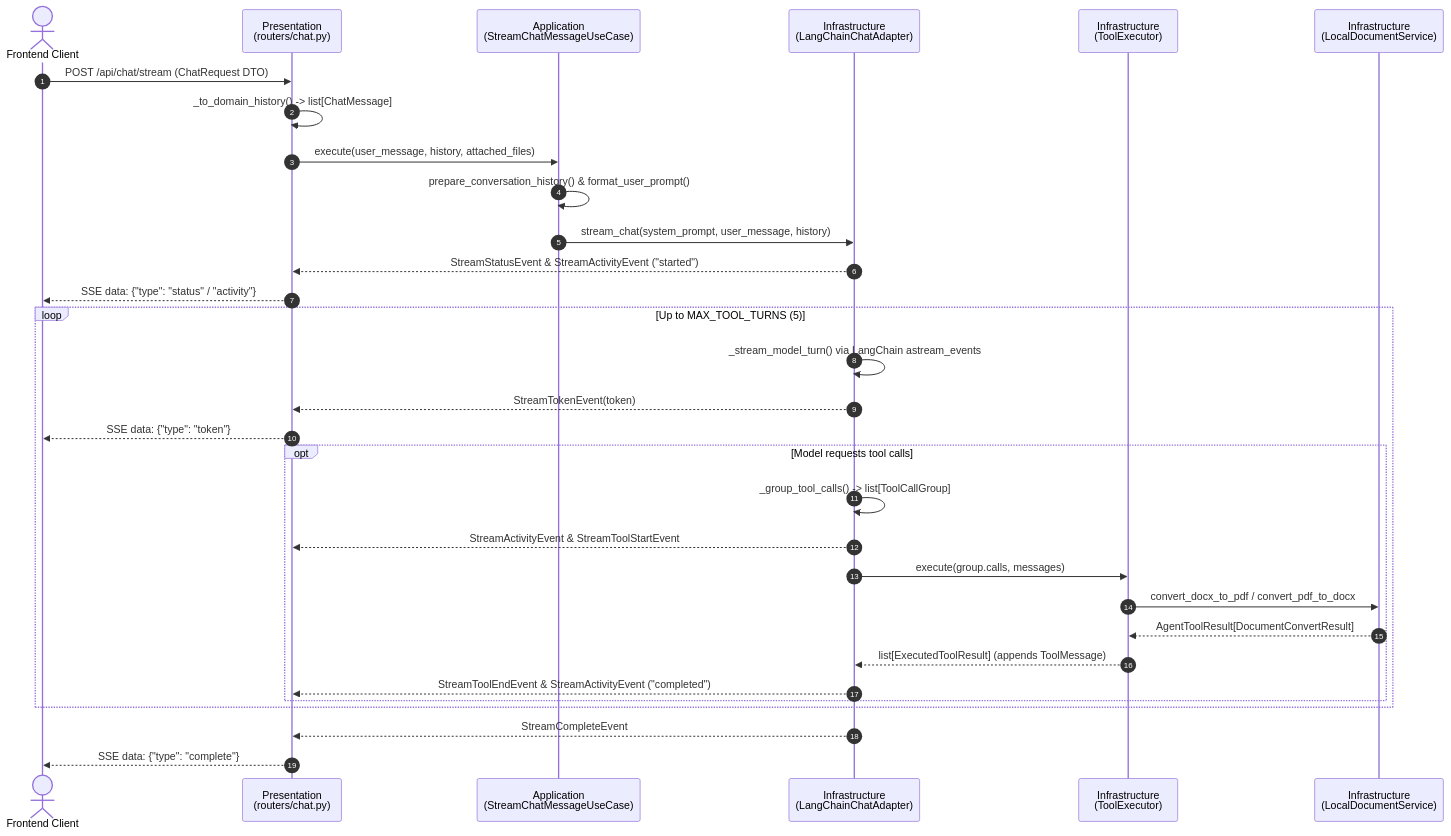
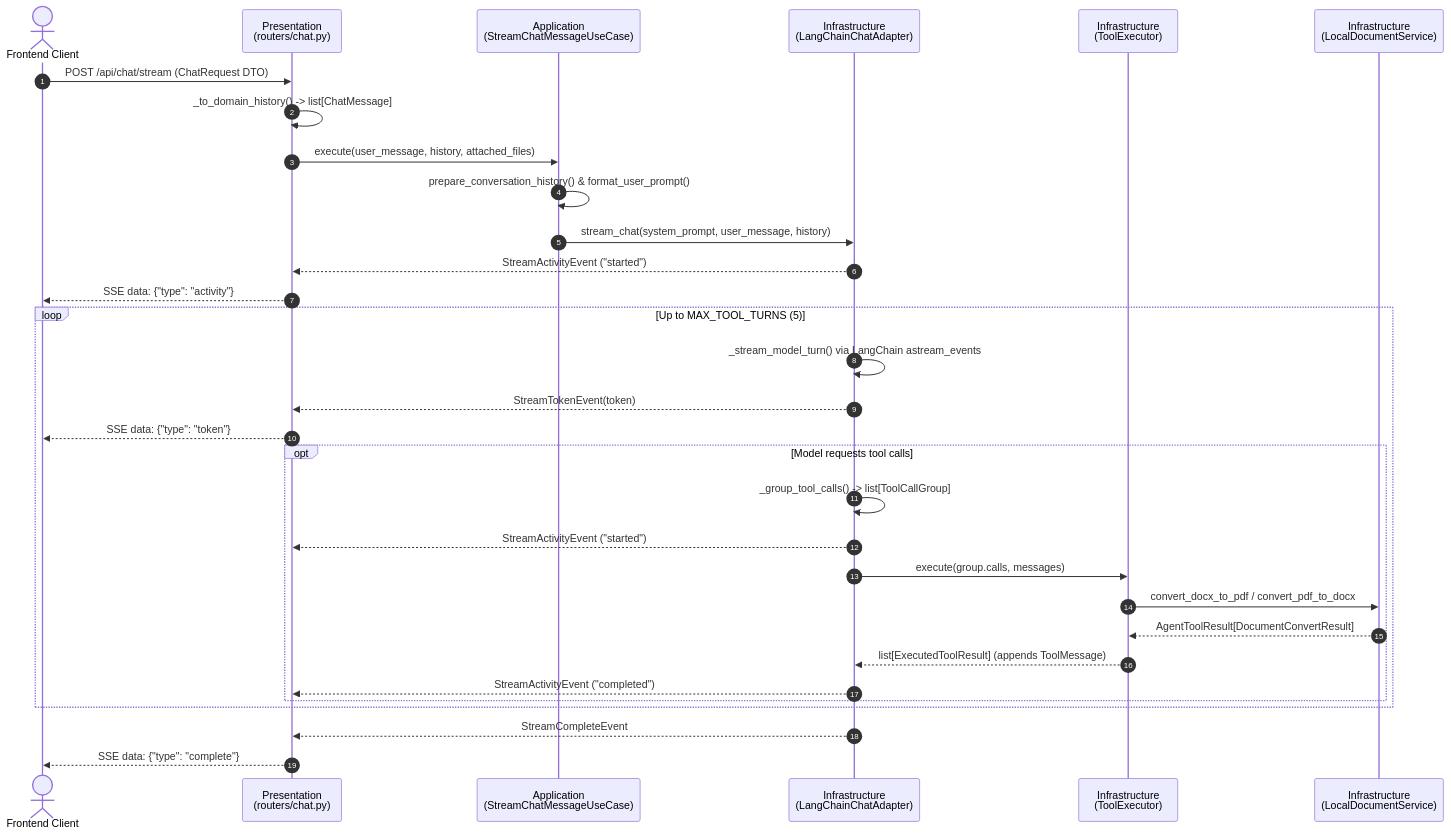
Before and after one commit to gengocodes/general_chat: the second of 2 diagrams in backend/README.md, drawn with Mermaid. The commit also changed other lines of this file and 31 other files, not shown here.

Commit message:
refactor(frontend): consolidate shared layer, remove dead code, and fix file upload/download flow

````diff
--- a/backend/README.md
+++ b/backend/README.md
@@ -76,37 +76,37 @@
 ```mermaid
 sequenceDiagram
     autonumber
     actor Client as Frontend Client
     participant Router as Presentation<br/>(routers/chat.py)
     participant UC as Application<br/>(StreamChatMessageUseCase)
     participant Adapter as Infrastructure<br/>(LangChainChatAdapter)
     participant Exec as Infrastructure<br/>(ToolExecutor)
     participant Doc as Infrastructure<br/>(LocalDocumentService)
 
     Client->>Router: POST /api/chat/stream (ChatRequest DTO)
     Router->>Router: _to_domain_history() -> list[ChatMessage]
     Router->>UC: execute(user_message, history, attached_files)
     UC->>UC: prepare_conversation_history() & format_user_prompt()
     UC->>Adapter: stream_chat(system_prompt, user_message, history)
-    Adapter-->>Router: StreamStatusEvent & StreamActivityEvent ("started")
-    Router-->>Client: SSE data: {"type": "status" / "activity"}
+    Adapter-->>Router: StreamActivityEvent ("started")
+    Router-->>Client: SSE data: {"type": "activity"}
 
     loop Up to MAX_TOOL_TURNS (5)
         Adapter->>Adapter: _stream_model_turn() via LangChain astream_events
         Adapter-->>Router: StreamTokenEvent(token)
         Router-->>Client: SSE data: {"type": "token"}
 
         opt Model requests tool calls
             Adapter->>Adapter: _group_tool_calls() -> list[ToolCallGroup]
-            Adapter-->>Router: StreamActivityEvent & StreamToolStartEvent
+            Adapter-->>Router: StreamActivityEvent ("started")
             Adapter->>Exec: execute(group.calls, messages)
             Exec->>Doc: convert_docx_to_pdf / convert_pdf_to_docx
             Doc-->>Exec: AgentToolResult[DocumentConvertResult]
             Exec-->>Adapter: list[ExecutedToolResult] (appends ToolMessage)
-            Adapter-->>Router: StreamToolEndEvent & StreamActivityEvent ("completed")
+            Adapter-->>Router: StreamActivityEvent ("completed")
         end
     end
 
     Adapter-->>Router: StreamCompleteEvent
     Router-->>Client: SSE data: {"type": "complete"}
 ```
````
